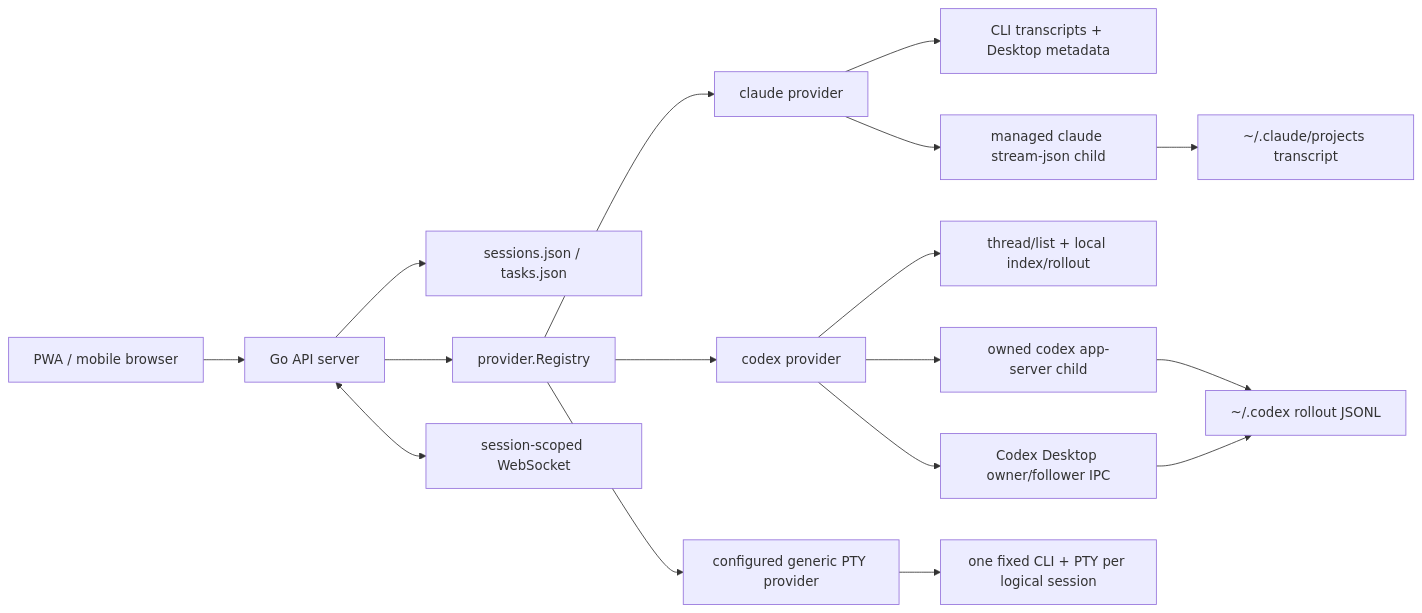
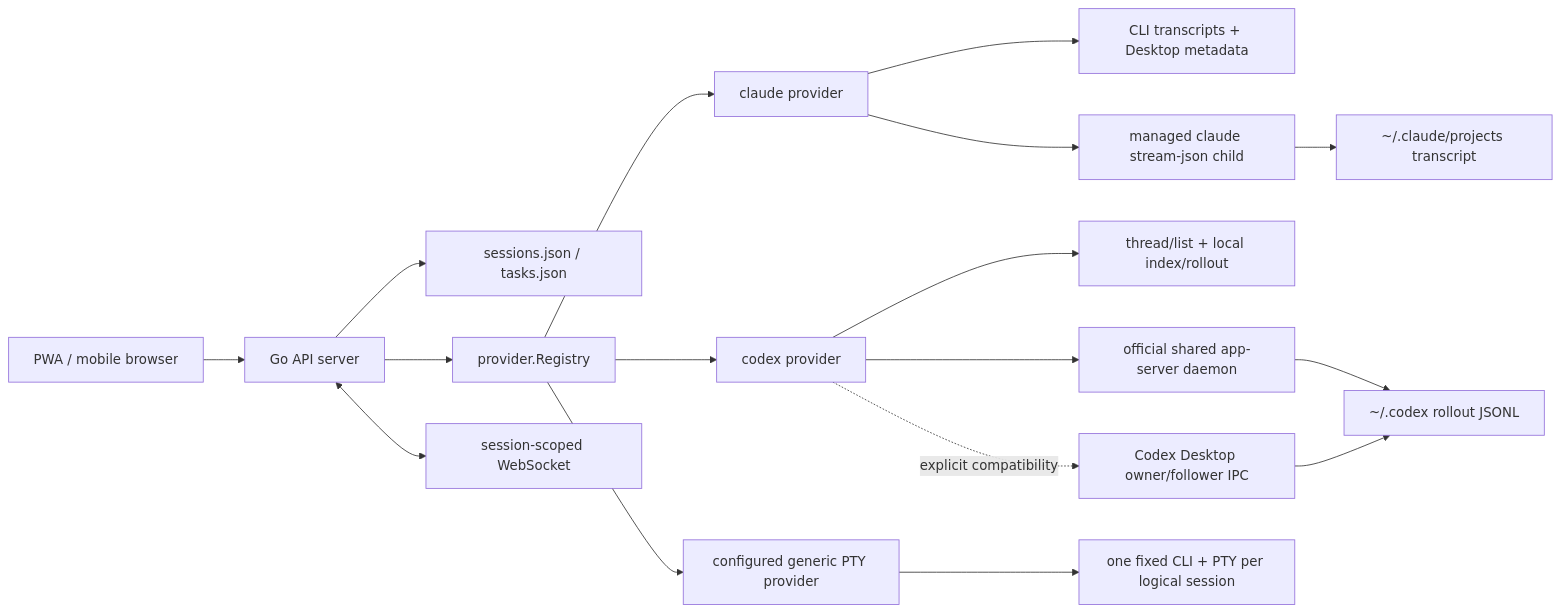
The diagram in docs/provider-architecture.md (psyche08/remote-agent), drawn with Mermaid before and after one commit. The commit also changed other lines of this file and 25 other files, not shown here.

Commit message:
feat: harden remote Codex sessions and Mermaid rendering

````diff
--- a/docs/provider-architecture.md
+++ b/docs/provider-architecture.md
@@ -25,22 +25,22 @@
 ```mermaid
 flowchart LR
     PWA["PWA / mobile browser"] --> API["Go API server"]
     API --> Store["sessions.json / tasks.json"]
     API --> Registry["provider.Registry"]
     API <--> WS["session-scoped WebSocket"]
 
     Registry --> Claude["claude provider"]
     Claude --> ClaudeDiscovery["CLI transcripts + Desktop metadata"]
     Claude --> ClaudeCLI["managed claude stream-json child"]
     ClaudeCLI --> ClaudeTranscript["~/.claude/projects transcript"]
 
     Registry --> Codex["codex provider"]
     Codex --> CodexDiscovery["thread/list + local index/rollout"]
-    Codex --> AppServer["owned codex app-server child"]
-    Codex --> DesktopIPC["Codex Desktop owner/follower IPC"]
+    Codex --> AppServer["official shared app-server daemon"]
+    Codex -. explicit compatibility .-> DesktopIPC["Codex Desktop owner/follower IPC"]
     AppServer --> Rollout["~/.codex rollout JSONL"]
     DesktopIPC --> Rollout
 
     Registry --> GenericPTY["configured generic PTY provider"]
     GenericPTY --> PTYChild["one fixed CLI + PTY per logical session"]
 ```
````
